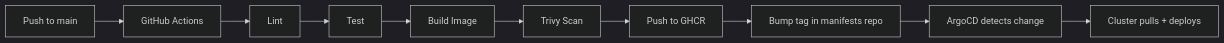
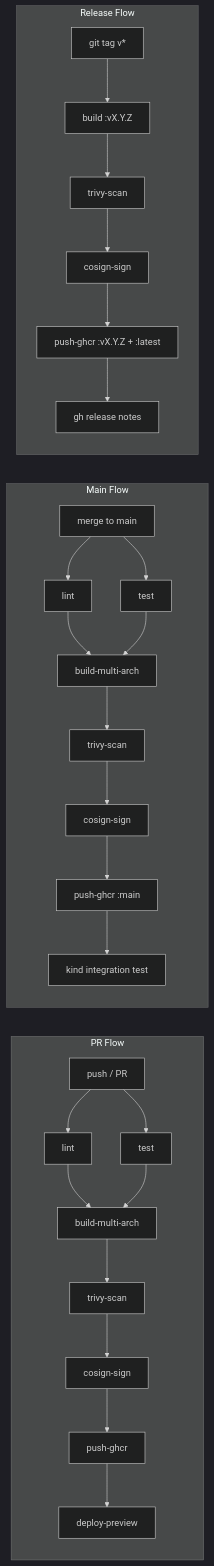
Before and after one commit to srinivaskona7/devops-learning: the diagram in 08-projects/04-ci-cd-pipeline/README.md, drawn with Mermaid (dark theme). The commit also changed other lines of this file and 222 other files, not shown here.

````diff
--- a/08-projects/04-ci-cd-pipeline/README.md
+++ b/08-projects/04-ci-cd-pipeline/README.md
@@ -12,12 +265,35 @@
 ```mermaid
 flowchart LR
-  Dev[Push to main] --> CI[GitHub Actions]
-  CI --> L[Lint]
-  L --> T[Test]
-  T --> B[Build Image]
-  B --> S[Trivy Scan]
-  S --> P[Push to GHCR]
-  P --> M[Bump tag in manifests repo]
-  M --> A[ArgoCD detects change]
-  A --> K[Cluster pulls + deploys]
+  subgraph PR["PR Flow"]
+    direction TB
+    P[push / PR] --> L[lint]
+    P --> T[test]
+    L --> B[build-multi-arch]
+    T --> B
+    B --> S[trivy-scan]
+    S --> CS[cosign-sign]
+    CS --> PU[push-ghcr]
+    PU --> DP[deploy-preview]
+  end
+
+  subgraph Main["Main Flow"]
+    direction TB
+    M[merge to main] --> ML[lint]
+    M --> MT[test]
+    ML --> MB[build-multi-arch]
+    MT --> MB
+    MB --> MS[trivy-scan]
+    MS --> MCS[cosign-sign]
+    MCS --> MPU[push-ghcr :main]
+    MPU --> MK[kind integration test]
+  end
+
+  subgraph Release["Release Flow"]
+    direction TB
+    TAG[git tag v*] --> RB[build :vX.Y.Z]
+    RB --> RS[trivy-scan]
+    RS --> RCS[cosign-sign]
+    RCS --> RPU[push-ghcr :vX.Y.Z + :latest]
+    RPU --> RN[gh release notes]
+  end
 ```
````
